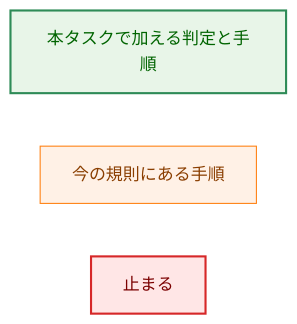
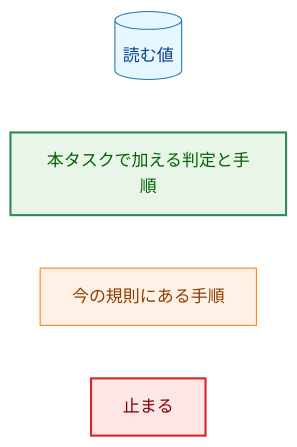
Before and after one commit to isseis/yt2column: the eighth of 9 diagrams in docs/tasks/0056_legacy_approval_history/02_architecture.md, drawn with Mermaid. The commit also changed other lines of this file, not shown here.

First line of the commit message:
docs(0056): address the architecture and prose reviews

````diff
--- a/docs/tasks/0056_legacy_approval_history/02_architecture.md
+++ b/docs/tasks/0056_legacy_approval_history/02_architecture.md
@@ -401,14 +407,17 @@
 ```mermaid
 flowchart LR
+    classDef data fill:#e6f7ff,stroke:#1f77b4,stroke-width:1px,color:#0b3d91;
     classDef enhanced fill:#e8f5e8,stroke:#2e8b57,stroke-width:2px,color:#006400;
     classDef process fill:#fff1e6,stroke:#ff7f0e,stroke-width:1px,color:#8a3e00;
     classDef problem fill:#ffe6e6,stroke:#d62728,stroke-width:2px,color:#7b0000;
 
-    L1["本タスクで加える判定と手順"]
-    L2["今の規則にある手順"]
-    L3["止まる"]
+    L1[("読む値")]
+    L2["本タスクで加える判定と手順"]
+    L3["今の規則にある手順"]
+    L4["止まる"]
 
-    class L1 enhanced
-    class L2 process
-    class L3 problem
+    class L1 data
+    class L2 enhanced
+    class L3 process
+    class L4 problem
 ```
````
